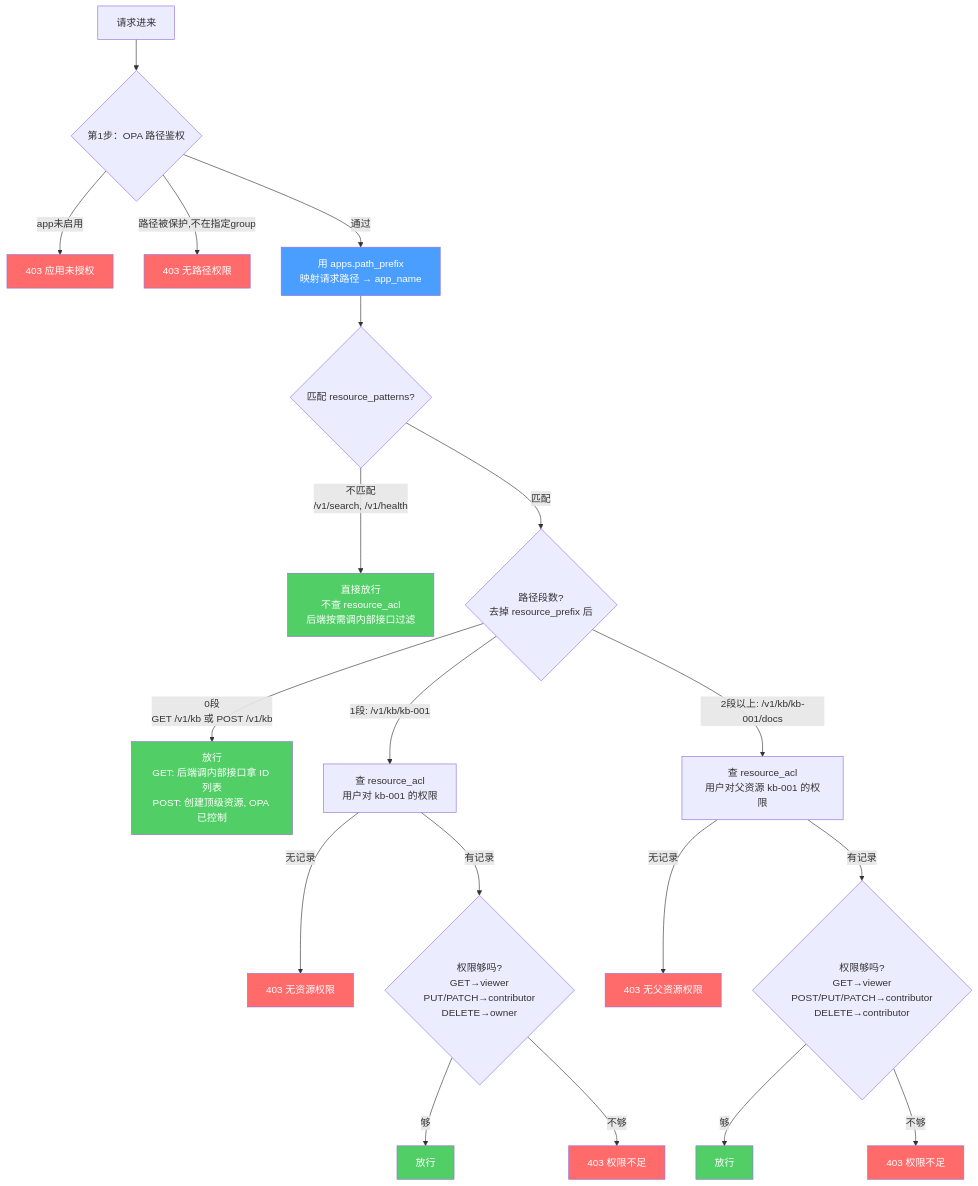
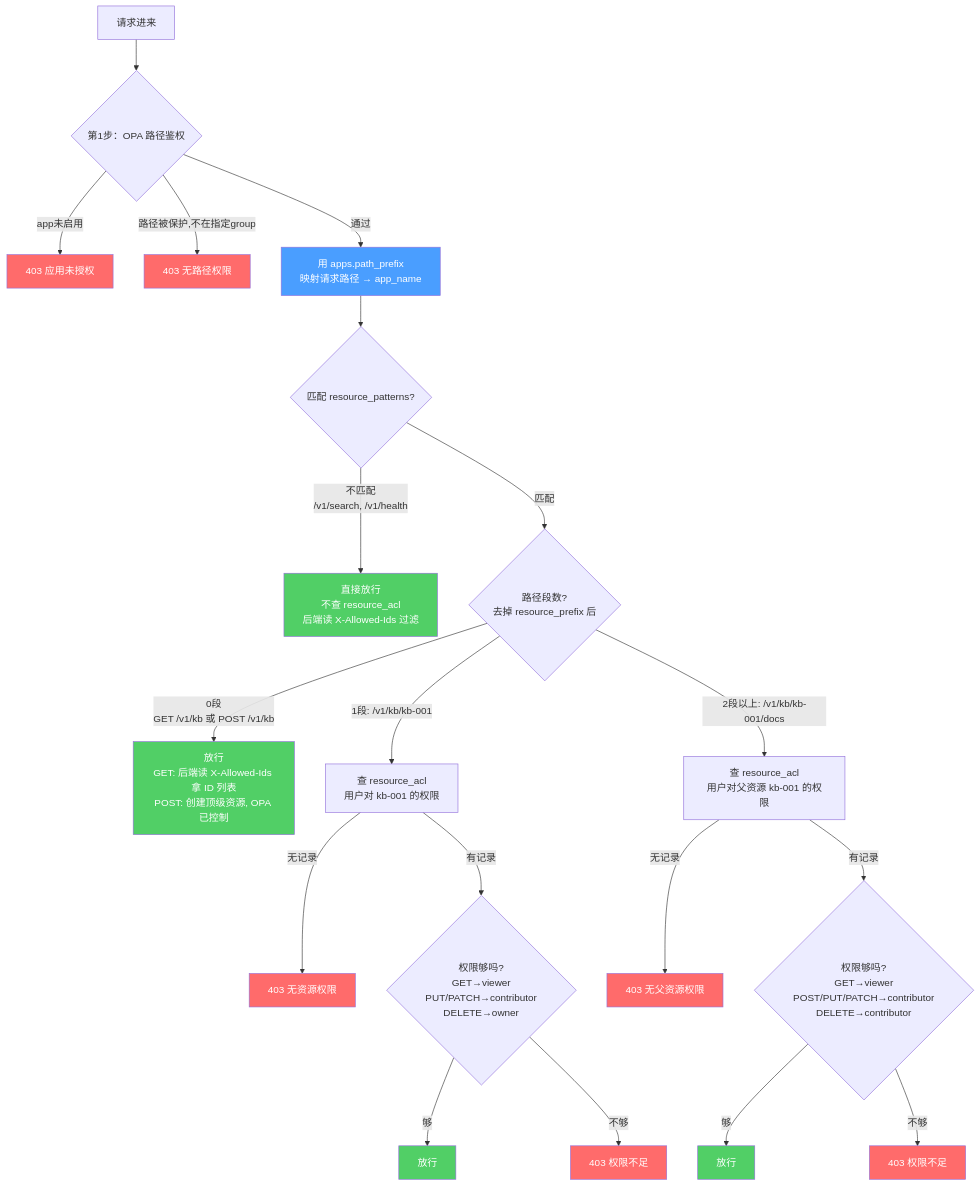
The fourth of 10 diagrams in diagrams/component-responsibility.md (xiewanchao/aidp-iam), drawn with Mermaid before and after one commit. The commit also changed other lines of this file and 43 other files, not shown here.

First line of the commit message:
feat: IAM v2.0 - groups model, resource ACL, ext_proc, API Key auth

````diff
--- a/diagrams/component-responsibility.md
+++ b/diagrams/component-responsibility.md
@@ -173,38 +178,38 @@
 ```mermaid
 flowchart TD
     REQ[请求进来] --> STEP1{第1步：OPA 路径鉴权}
     STEP1 -->|app未启用| DENY1[403 应用未授权]
     STEP1 -->|路径被保护,不在指定group| DENY2[403 无路径权限]
     STEP1 -->|通过| APP_MAP[用 apps.path_prefix<br/>映射请求路径 → app_name]
     APP_MAP --> MATCH{匹配 resource_patterns?}
 
-    MATCH -->|不匹配<br/>/v1/search, /v1/health| PASS_OTHER[直接放行<br/>不查 resource_acl<br/>后端按需调内部接口过滤]
+    MATCH -->|不匹配<br/>/v1/search, /v1/health| PASS_OTHER[直接放行<br/>不查 resource_acl<br/>后端读 X-Allowed-Ids 过滤]
 
     MATCH -->|匹配| SEGMENTS{路径段数?<br/>去掉 resource_prefix 后}
 
-    SEGMENTS -->|0段<br/>GET /v1/kb 或 POST /v1/kb| PASS_COLLECTION[放行<br/>GET: 后端调内部接口拿 ID 列表<br/>POST: 创建顶级资源, OPA 已控制]
+    SEGMENTS -->|0段<br/>GET /v1/kb 或 POST /v1/kb| PASS_COLLECTION[放行<br/>GET: 后端读 X-Allowed-Ids 拿 ID 列表<br/>POST: 创建顶级资源, OPA 已控制]
 
     SEGMENTS -->|1段: /v1/kb/kb-001| CHECK1[查 resource_acl<br/>用户对 kb-001 的权限]
     CHECK1 -->|无记录| DENY3[403 无资源权限]
     CHECK1 -->|有记录| METHOD1{权限够吗?<br/>GET→viewer<br/>PUT/PATCH→contributor<br/>DELETE→owner}
     METHOD1 -->|够| PASS1[放行]
     METHOD1 -->|不够| DENY4[403 权限不足]
 
     SEGMENTS -->|2段以上: /v1/kb/kb-001/docs| CHECK2[查 resource_acl<br/>用户对父资源 kb-001 的权限]
     CHECK2 -->|无记录| DENY5[403 无父资源权限]
     CHECK2 -->|有记录| METHOD2{权限够吗?<br/>GET→viewer<br/>POST/PUT/PATCH→contributor<br/>DELETE→contributor}
     METHOD2 -->|够| PASS2[放行]
     METHOD2 -->|不够| DENY6[403 权限不足]
 
     style APP_MAP fill:#4a9eff,color:#fff
     style DENY1 fill:#ff6b6b,color:#fff
     style DENY2 fill:#ff6b6b,color:#fff
     style DENY3 fill:#ff6b6b,color:#fff
     style DENY4 fill:#ff6b6b,color:#fff
     style DENY5 fill:#ff6b6b,color:#fff
     style DENY6 fill:#ff6b6b,color:#fff
     style PASS_OTHER fill:#51cf66,color:#fff
     style PASS_COLLECTION fill:#51cf66,color:#fff
     style PASS1 fill:#51cf66,color:#fff
     style PASS2 fill:#51cf66,color:#fff
 ```
````
